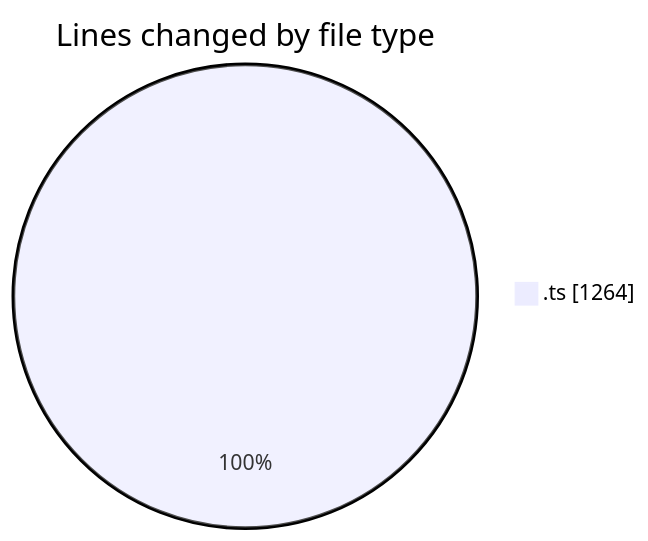
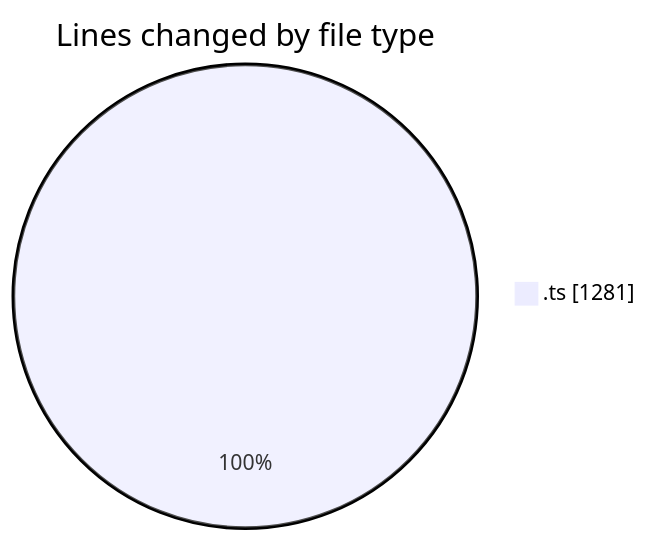
The first of 2 diagrams in 2025-12-16/cda/README.md (momahboobian/code-tracking), drawn with Mermaid before and after one commit. The commit also changed other lines of this file and 1 other file, not shown here.

````diff
--- a/2025-12-16/cda/README.md
+++ b/2025-12-16/cda/README.md
@@ -21,5 +21,5 @@
 ```mermaid
 pie showData
 title Lines changed by file type
-".ts" : 1264
+".ts" : 1281
 ```
````
